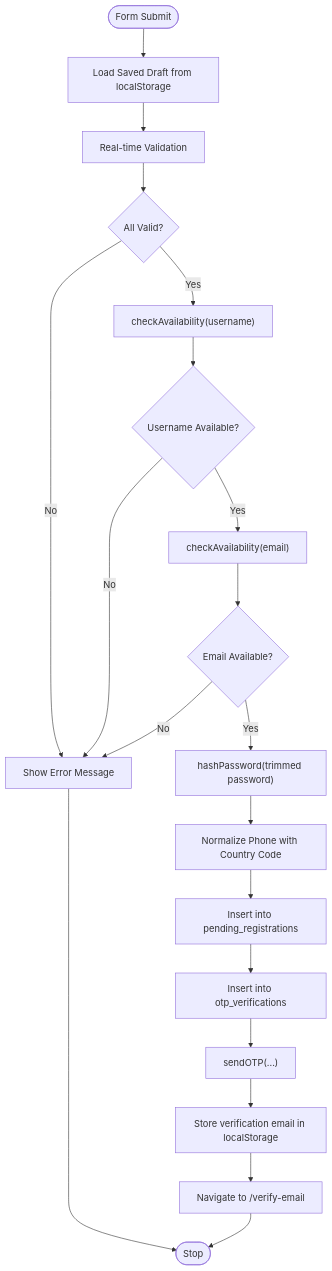
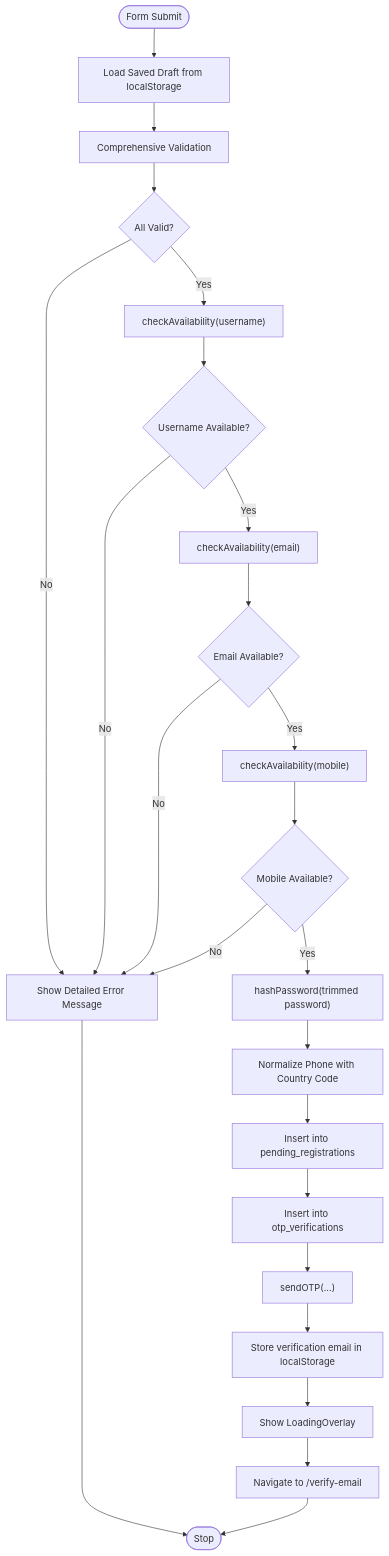
One commit to zpria/ACCOUND-ZPRIA changed the third of 6 diagrams in .qoder/repowiki/en/content/Authentication System/User Registration.md. Above: the diagram before and after it, drawn with Mermaid. The commit also changed other lines of this file and 12 other files, not shown here.

````diff
--- a/.qoder/repowiki/en/content/Authentication System/User Registration.md
+++ b/.qoder/repowiki/en/content/Authentication System/User Registration.md
@@ -166,22 +190,26 @@
 ```mermaid
 flowchart TD
 Start(["Form Submit"]) --> LoadDraft["Load Saved Draft from localStorage"]
-LoadDraft --> Validate["Real-time Validation"]
+LoadDraft --> Validate["Comprehensive Validation"]
 Validate --> Valid{"All Valid?"}
-Valid --> |No| ShowError["Show Error Message"]
+Valid --> |No| ShowError["Show Detailed Error Message"]
 Valid --> |Yes| CheckUser["checkAvailability(username)"]
 CheckUser --> UserOK{"Username Available?"}
 UserOK --> |No| ShowError
 UserOK --> |Yes| CheckEmail["checkAvailability(email)"]
 CheckEmail --> EmailOK{"Email Available?"}
 EmailOK --> |No| ShowError
-EmailOK --> |Yes| Hash["hashPassword(trimmed password)"]
+EmailOK --> |Yes| CheckMobile["checkAvailability(mobile)"]
+CheckMobile --> MobileOK{"Mobile Available?"}
+MobileOK --> |No| ShowError
+MobileOK --> |Yes| Hash["hashPassword(trimmed password)"]
 Hash --> NormalizePhone["Normalize Phone with Country Code"]
 NormalizePhone --> PersistPending["Insert into pending_registrations"]
 PersistPending --> PersistOTP["Insert into otp_verifications"]
 PersistOTP --> SendEmail["sendOTP(...)"]
 SendEmail --> StoreEmail["Store verification email in localStorage"]
-StoreEmail --> Redirect["Navigate to /verify-email"]
+StoreEmail --> ShowLoading["Show LoadingOverlay"]
+ShowLoading --> Redirect["Navigate to /verify-email"]
 ShowError --> End(["Stop"])
 Redirect --> End
 ```
````
